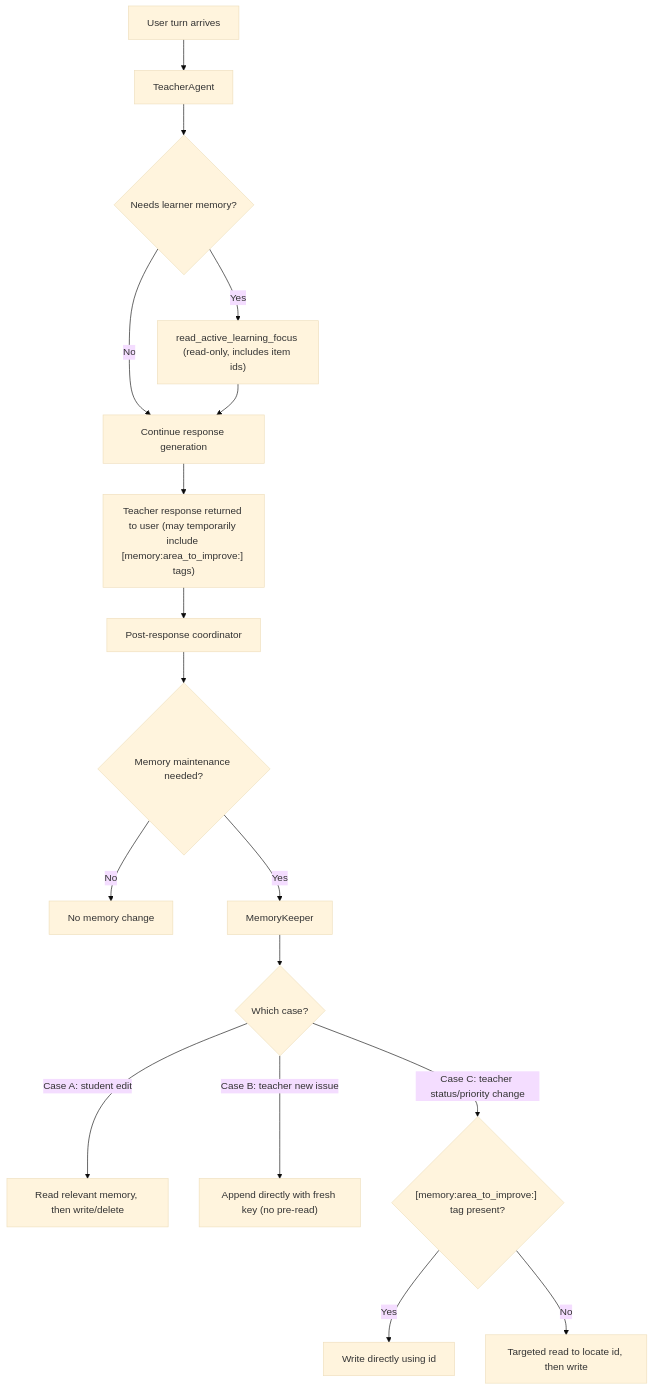
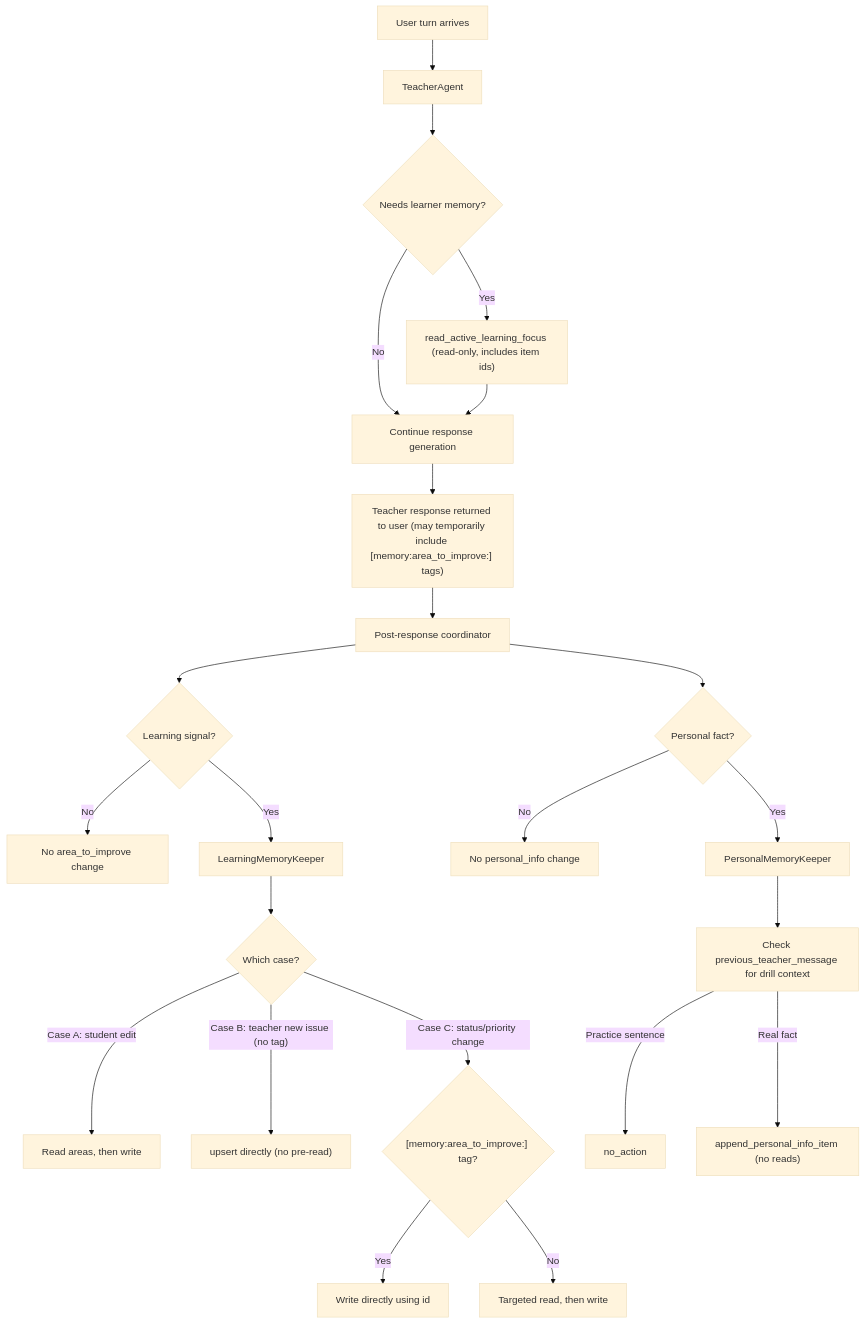
Before and after one commit to 40min/runestone: the second of 4 diagrams in docs/agent-swarm-architecture.md, drawn with Mermaid (base theme). The commit also changed other lines of this file and 32 other files, not shown here.

First line of the commit message:
feat: split MemoryKeeper into LearningMemoryKeeper and PersonalMemoryKeeper (#194)

````diff
--- a/docs/agent-swarm-architecture.md
+++ b/docs/agent-swarm-architecture.md
@@ -198,19 +213,25 @@
 ```mermaid
 flowchart TD
     A["User turn arrives"] --> B["TeacherAgent"]
     B --> C{"Needs learner memory?"}
     C -- No --> D["Continue response generation"]
     C -- Yes --> E["read_active_learning_focus (read-only, includes item ids)"]
     E --> D
     D --> F["Teacher response returned to user (may temporarily include [memory:area_to_improve:<id>] tags)"]
     F --> G["Post-response coordinator"]
-    G --> H{"Memory maintenance needed?"}
-    H -- No --> I["No memory change"]
-    H -- Yes --> J["MemoryKeeper"]
-    J --> K{"Which case?"}
-    K -- "Case A: student edit" --> L["Read relevant memory, then write/delete"]
-    K -- "Case B: teacher new issue" --> M["Append directly with fresh key (no pre-read)"]
-    K -- "Case C: teacher status/priority change" --> N{"[memory:area_to_improve:<id>] tag present?"}
+    G --> H1{"Learning signal?"}
+    G --> H2{"Personal fact?"}
+    H1 -- No --> I1["No area_to_improve change"]
+    H1 -- Yes --> J1["LearningMemoryKeeper"]
+    J1 --> K{"Which case?"}
+    K -- "Case A: student edit" --> L["Read areas, then write"]
+    K -- "Case B: teacher new issue (no tag)" --> M["upsert directly (no pre-read)"]
+    K -- "Case C: status/priority change" --> N{"[memory:area_to_improve:<id>] tag?"}
     N -- Yes --> O["Write directly using id"]
-    N -- No --> P["Targeted read to locate id, then write"]
+    N -- No --> P["Targeted read, then write"]
+    H2 -- No --> I2["No personal_info change"]
+    H2 -- Yes --> J2["PersonalMemoryKeeper"]
+    J2 --> Q["Check previous_teacher_message for drill context"]
+    Q -- "Practice sentence" --> R["no_action"]
+    Q -- "Real fact" --> S["append_personal_info_item (no reads)"]
 ```
````
